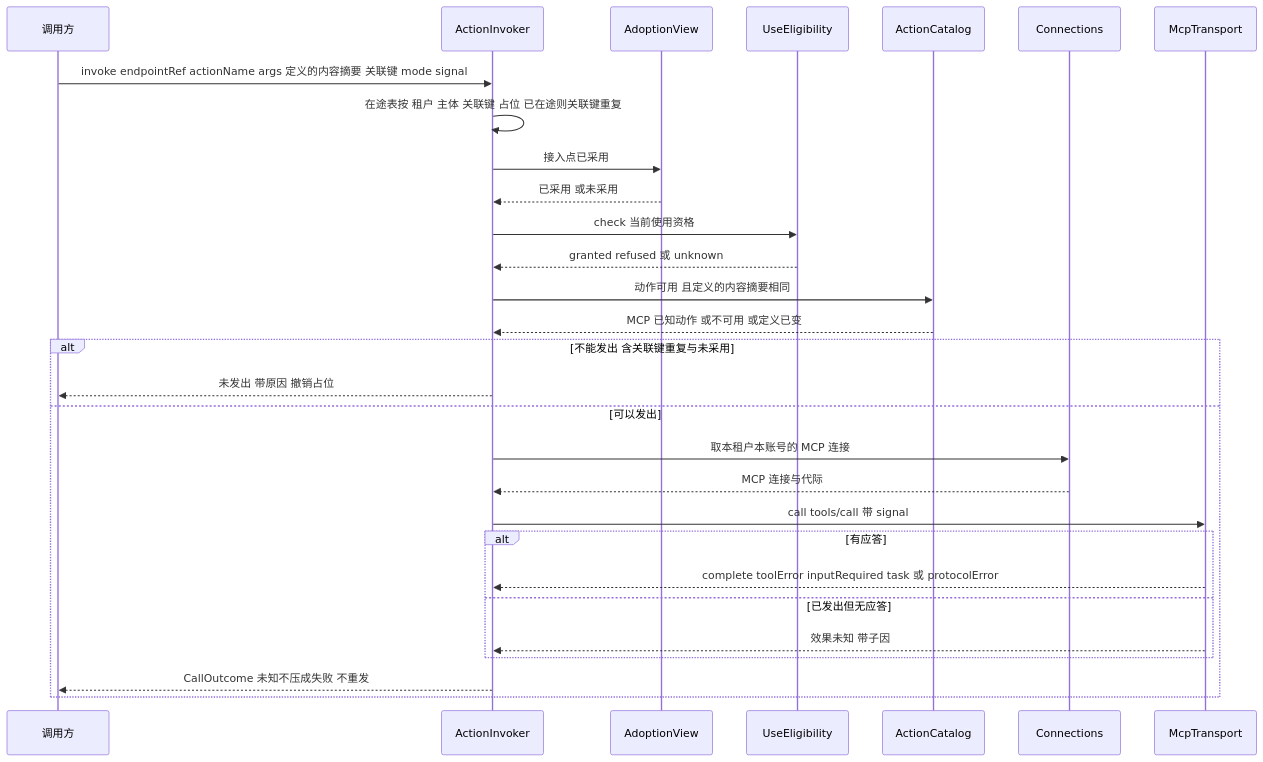
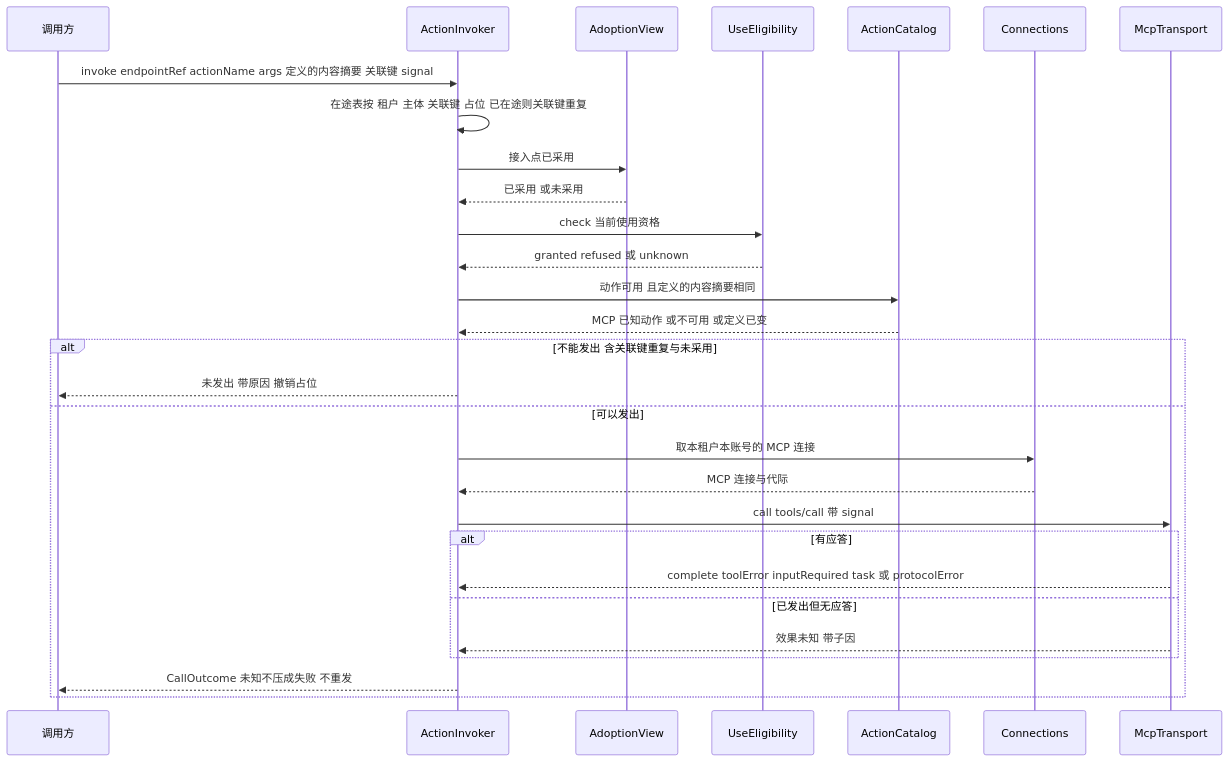
The third of 3 diagrams in packages/mcp/docs/key-flows.md (nemori-ai/omne-harness-lite), drawn with Mermaid before and after one commit. The commit also changed other lines of this file and 2 other files, not shown here.

````diff
--- a/packages/mcp/docs/key-flows.md
+++ b/packages/mcp/docs/key-flows.md
@@ -105,31 +105,31 @@
 ```mermaid
 sequenceDiagram
     participant T as 调用方
     participant I as ActionInvoker
     participant V as AdoptionView
     participant E as UseEligibility
     participant K as ActionCatalog
     participant N as Connections
     participant R as McpTransport
-    T->>I: invoke endpointRef actionName args 定义的内容摘要 关联键 mode signal
+    T->>I: invoke endpointRef actionName args 定义的内容摘要 关联键 signal
     I->>I: 在途表按 租户 主体 关联键 占位 已在途则关联键重复
     I->>V: 接入点已采用
     V-->>I: 已采用 或未采用
     I->>E: check 当前使用资格
     E-->>I: granted refused 或 unknown
     I->>K: 动作可用 且定义的内容摘要相同
     K-->>I: MCP 已知动作 或不可用 或定义已变
     alt 不能发出 含关联键重复与未采用
         I-->>T: 未发出 带原因 撤销占位
     else 可以发出
         I->>N: 取本租户本账号的 MCP 连接
         N-->>I: MCP 连接与代际
         I->>R: call tools/call 带 signal
         alt 有应答
             R-->>I: complete toolError inputRequired task 或 protocolError
         else 已发出但无应答
             R-->>I: 效果未知 带子因
         end
         I-->>T: CallOutcome 未知不压成失败 不重发
     end
 ```
````
